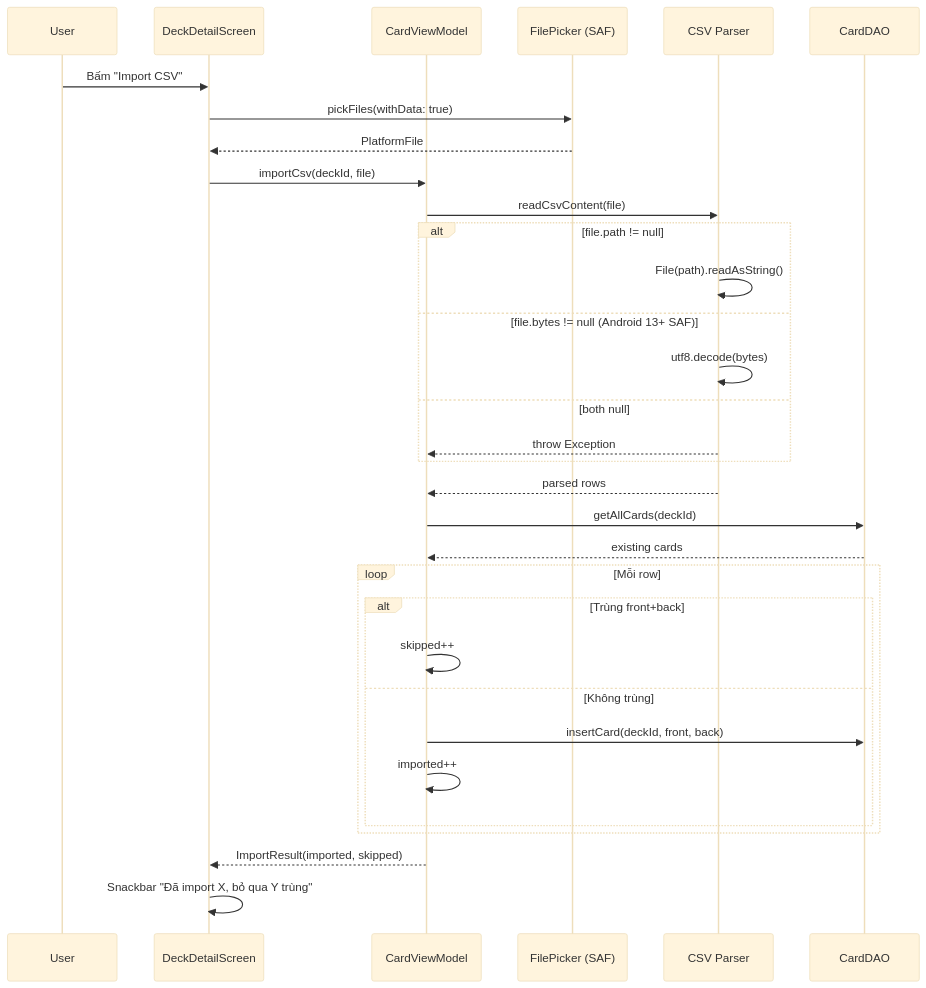
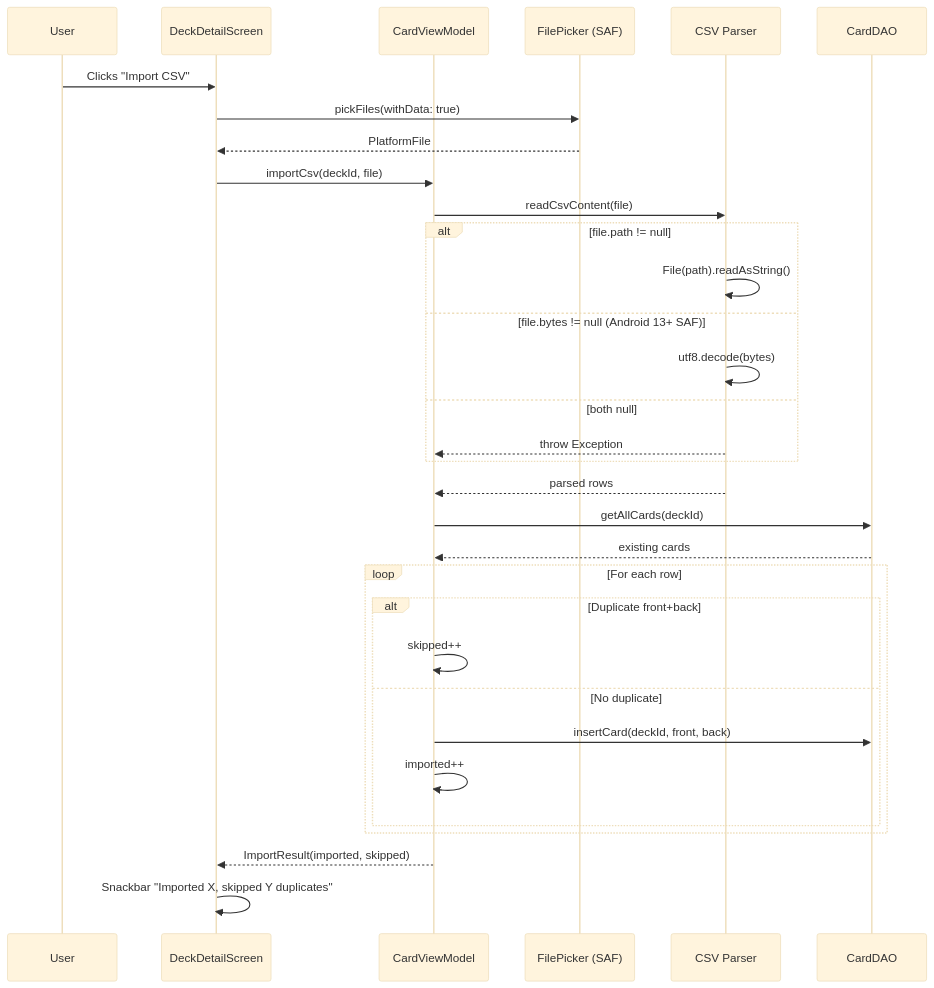
The third of 4 diagrams in docs/architecture.md (githubuser2777/ZenFlashCard), drawn with Mermaid (base theme) before and after one commit. The commit also changed other lines of this file and 7 other files, not shown here.

````diff
--- a/docs/architecture.md
+++ b/docs/architecture.md
@@ -103,40 +103,40 @@
 ```mermaid
 sequenceDiagram
     participant U as User
     participant D as DeckDetailScreen
     participant VM as CardViewModel
     participant FP as FilePicker (SAF)
     participant CSV as CSV Parser
     participant CD as CardDAO
 
-    U->>D: Bấm "Import CSV"
+    U->>D: Clicks "Import CSV"
     D->>FP: pickFiles(withData: true)
     FP-->>D: PlatformFile
 
     D->>VM: importCsv(deckId, file)
     VM->>CSV: readCsvContent(file)
 
     alt file.path != null
         CSV->>CSV: File(path).readAsString()
     else file.bytes != null (Android 13+ SAF)
         CSV->>CSV: utf8.decode(bytes)
     else both null
         CSV-->>VM: throw Exception
     end
 
     CSV-->>VM: parsed rows
     VM->>CD: getAllCards(deckId)
     CD-->>VM: existing cards
 
-    loop Mỗi row
-        alt Trùng front+back
+    loop For each row
+        alt Duplicate front+back
             VM->>VM: skipped++
-        else Không trùng
+        else No duplicate
             VM->>CD: insertCard(deckId, front, back)
             VM->>VM: imported++
         end
     end
 
     VM-->>D: ImportResult(imported, skipped)
-    D->>D: Snackbar "Đã import X, bỏ qua Y trùng"
+    D->>D: Snackbar "Imported X, skipped Y duplicates"
 ```
````
